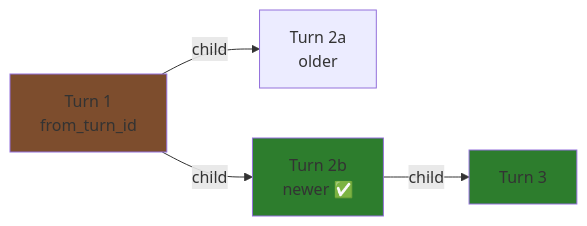
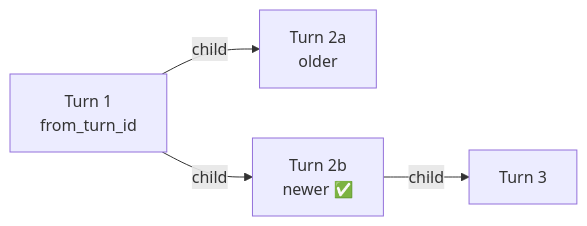
One commit to haowjy/meridian-flow changed the third of 5 diagrams in _docs/technical/backend/thread/pagination.md. Above: the diagram before and after it, drawn with Mermaid. The commit also changed other lines of this file and 46 other files, not shown here.

````diff
--- a/_docs/technical/backend/thread/pagination.md
+++ b/_docs/technical/backend/thread/pagination.md
@@ -331,15 +325,12 @@
 ```mermaid
 graph LR
     T1[Turn 1<br/>from_turn_id]
     T2a[Turn 2a<br/>older]
     T2b[Turn 2b<br/>newer ✅]
     T3[Turn 3]
 
     T1 -->|child| T2a
     T1 -->|child| T2b
     T2b -->|child| T3
 
-    style T1 fill:#7d4d2d
-    style T2b fill:#2d7d2d
-    style T3 fill:#2d7d2d
 ```
````
